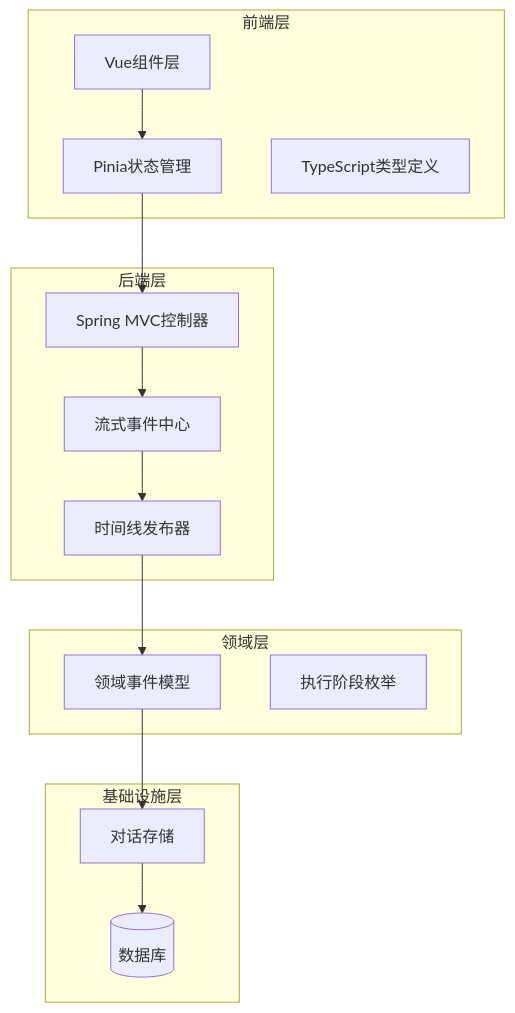
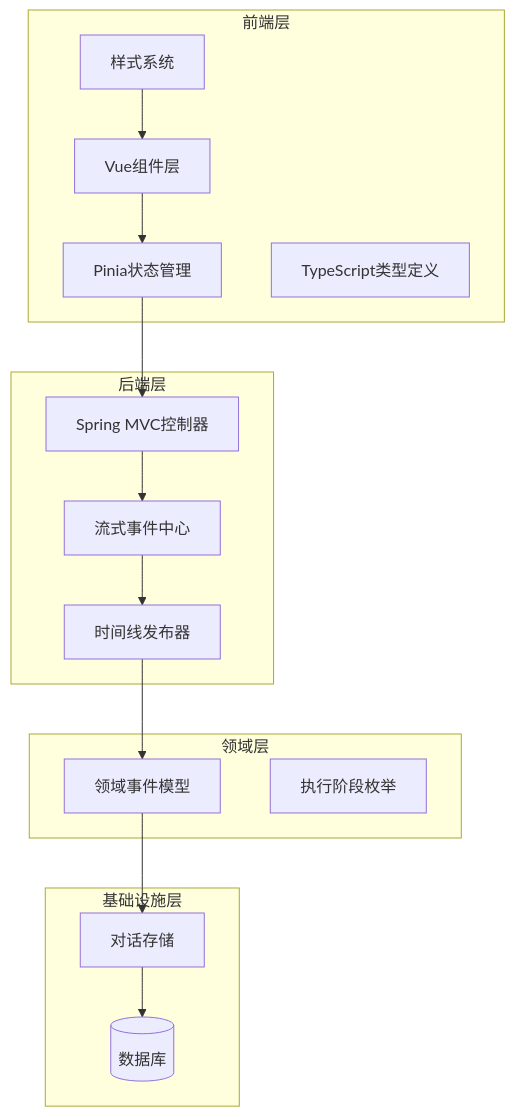
The first of 7 diagrams in .qoder/repowiki/zh/content/前端开发指南/Vue组件架构/时间线面板组件.md (Sinlair/TravelAgent), drawn with Mermaid before and after one commit. The commit also changed other lines of this file and 53 other files, not shown here.

````diff
--- a/.qoder/repowiki/zh/content/前端开发指南/Vue组件架构/时间线面板组件.md
+++ b/.qoder/repowiki/zh/content/前端开发指南/Vue组件架构/时间线面板组件.md
@@ -39,28 +49,30 @@
 ```mermaid
 graph TB
 subgraph "前端层"
 UI[Vue组件层]
 Store[Pinia状态管理]
 Types[TypeScript类型定义]
+Styles[样式系统]
 end
 subgraph "后端层"
 Controller[Spring MVC控制器]
 StreamHub[流式事件中心]
 Publisher[时间线发布器]
 end
 subgraph "领域层"
 DomainEvent[领域事件模型]
 ExecutionStage[执行阶段枚举]
 end
 subgraph "基础设施层"
 Repository[对话存储]
 Database[(数据库)]
 end
 UI --> Store
 Store --> Controller
 Controller --> StreamHub
 StreamHub --> Publisher
 Publisher --> DomainEvent
 DomainEvent --> Repository
 Repository --> Database
+Styles --> UI
 ```
````
